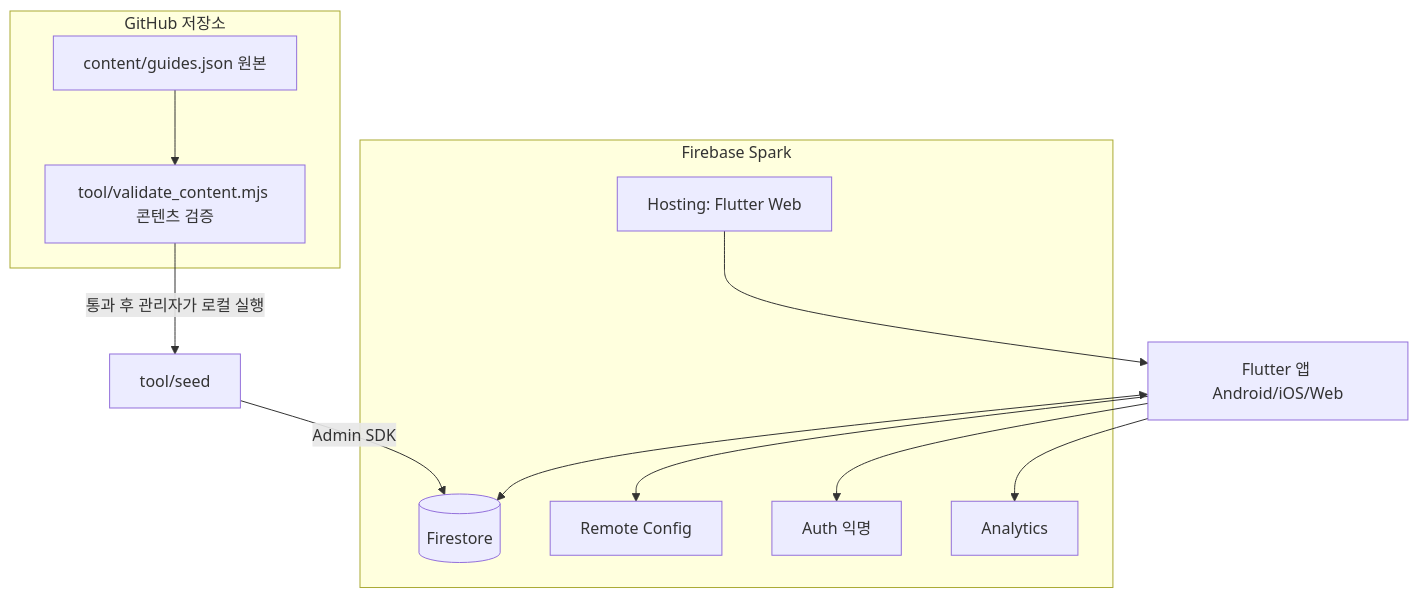
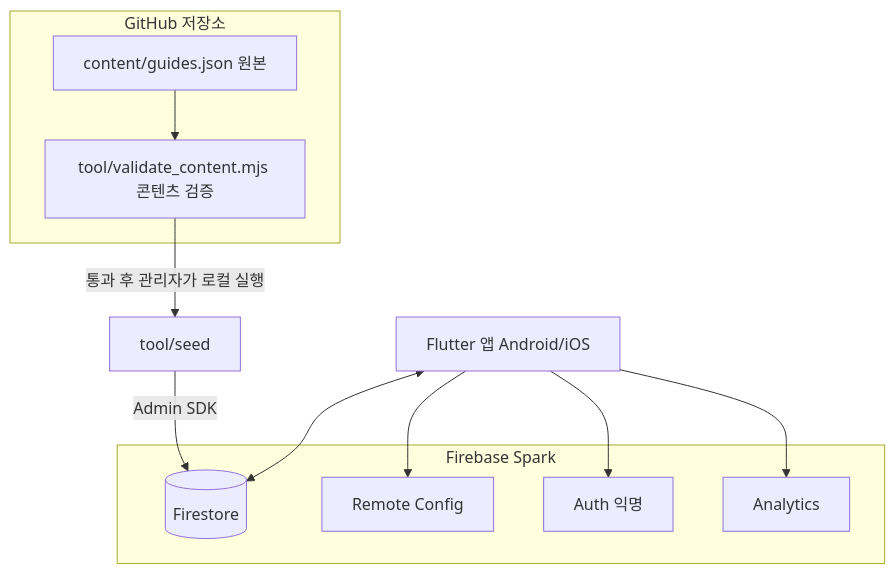
Before and after one commit to sumin1458/TapeFit: the second of 4 diagrams in docs/TRD.md, drawn with Mermaid. The commit also changed other lines of this file and 2 other files, not shown here.

Commit message:
chore: Firebase Hosting 설정 제거

````diff
--- a/docs/TRD.md
+++ b/docs/TRD.md
@@ -160,22 +158,20 @@
 ```mermaid
 flowchart TB
     subgraph Git[GitHub 저장소]
         J[content/guides.json 원본]
         VAL[tool/validate_content.mjs 콘텐츠 검증]
     end
     J --> VAL
     VAL -->|통과 후 관리자가 로컬 실행| SEED[tool/seed]
     SEED -->|Admin SDK| FS[(Firestore)]
     subgraph Firebase[Firebase Spark]
         FS
         RC[Remote Config]
-        H[Hosting: Flutter Web]
         AU[Auth 익명]
         AN[Analytics]
     end
-    APP[Flutter 앱 Android/iOS/Web] <--> FS
+    APP[Flutter 앱 Android/iOS] <--> FS
     APP --> RC
     APP --> AU
     APP --> AN
-    H --> APP
 ```
````
